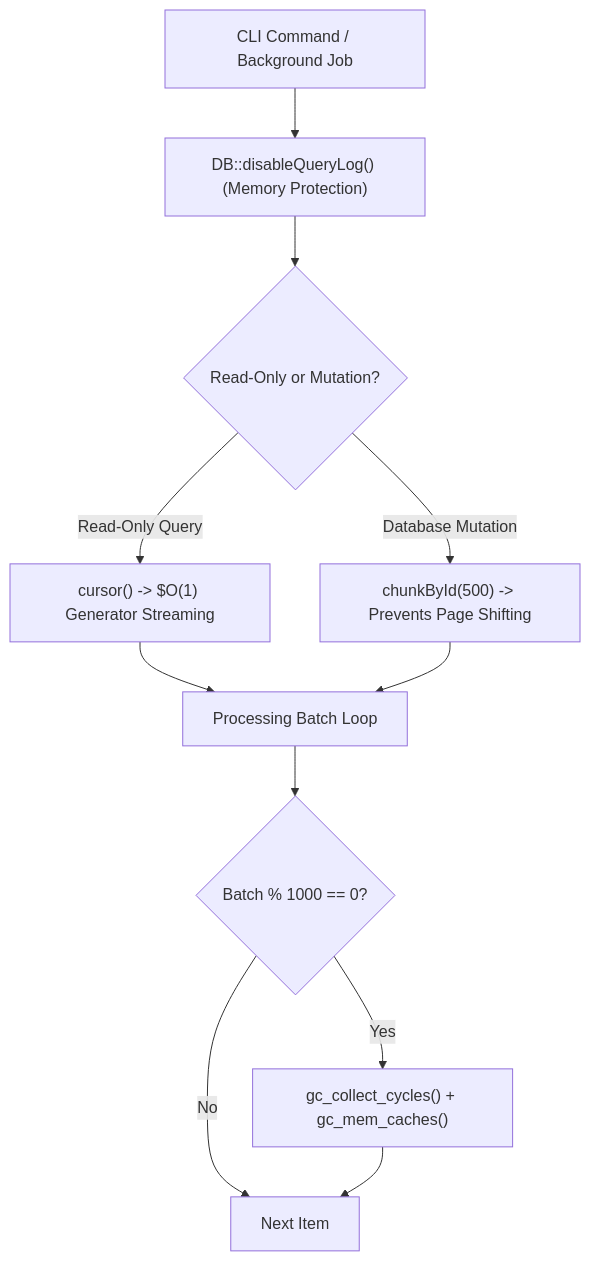
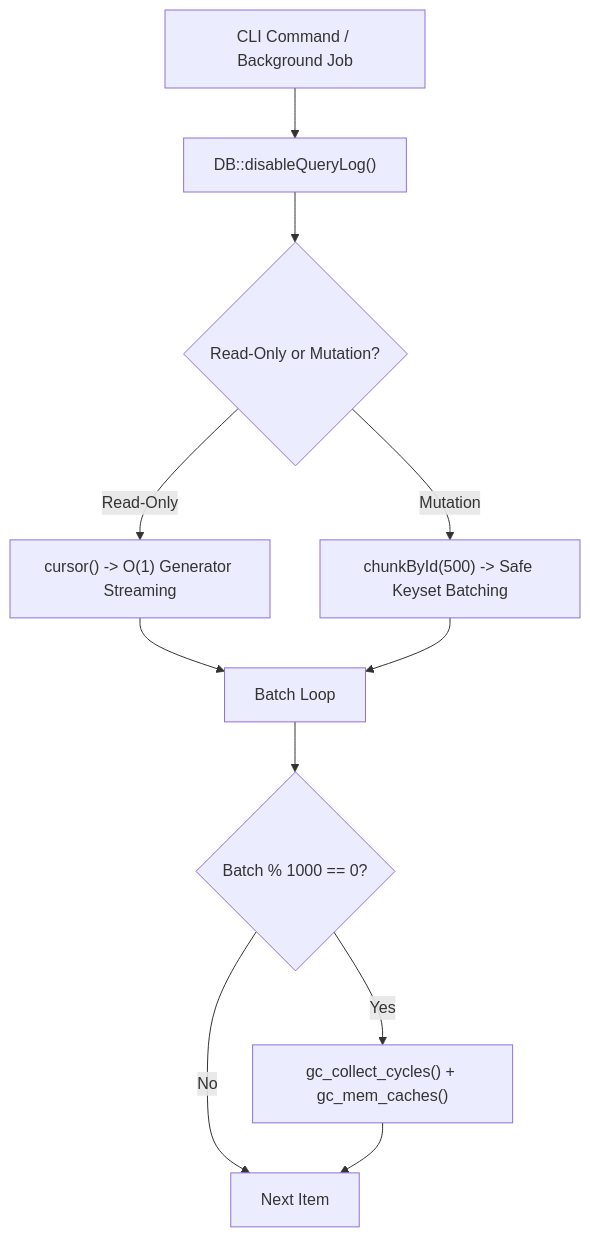
One commit to shamimwhois/laravel-13-plugin changed the fourth of 4 diagrams in README.md. Above: the diagram before and after it, drawn with Mermaid. The commit also changed other lines of this file, not shown here.

````diff
--- a/README.md
+++ b/README.md
@@ -318,15 +312,13 @@
 ```mermaid
 graph TD
-    Trigger["CLI Command / Background Job"] --> DisableLog["DB::disableQueryLog() (Memory Protection)"]
+    Trigger["CLI Command / Background Job"] --> DisableLog["DB::disableQueryLog()"]
     DisableLog --> StreamMethod{"Read-Only or Mutation?"}
-    StreamMethod -- Read-Only Query --> CursorStream["cursor() -> $O(1) Generator Streaming"]
-    StreamMethod -- Database Mutation --> ChunkById["chunkById(500) -> Prevents Page Shifting"]
-    
-    CursorStream --> BatchLoop["Processing Batch Loop"]
+    StreamMethod -- Read-Only --> CursorStream["cursor() -> O(1) Generator Streaming"]
+    StreamMethod -- Mutation --> ChunkById["chunkById(500) -> Safe Keyset Batching"]
+    CursorStream --> BatchLoop["Batch Loop"]
     ChunkById --> BatchLoop
-    
     BatchLoop --> GCCheck{"Batch % 1000 == 0?"}
     GCCheck -- Yes --> GCCollect["gc_collect_cycles() + gc_mem_caches()"]
     GCCheck -- No --> NextItem["Next Item"]
     GCCollect --> NextItem
 ```
````
